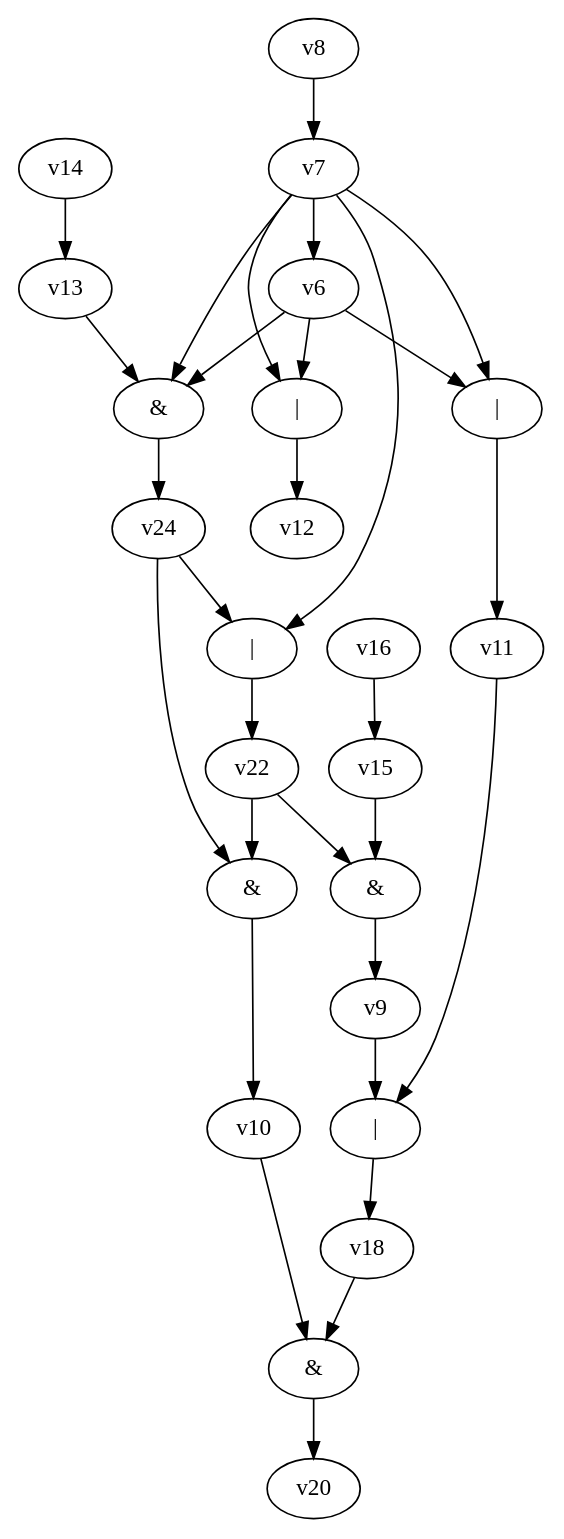
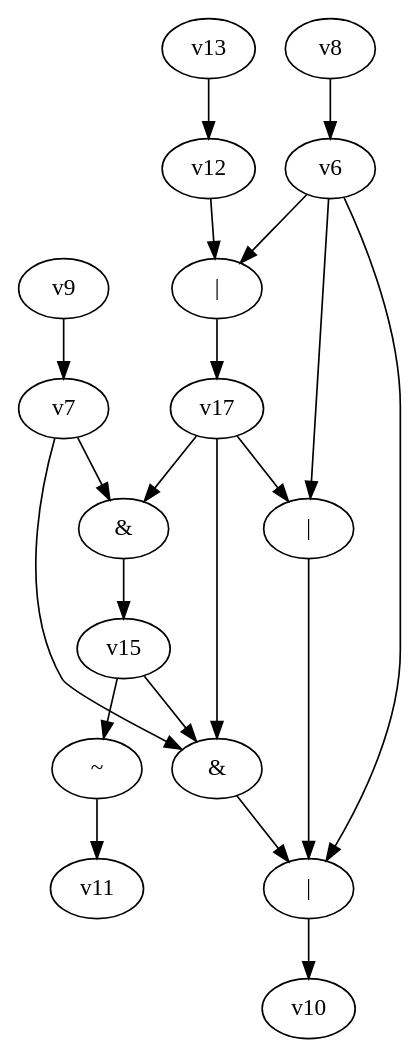
One commit to yadej/graph_project changed the diagram in dot_files/random_bool_circ.dot. Above: the diagram before and after it, drawn with Graphviz. The commit also changed 2 other files, not shown here.

```diff
--- a/dot_files/random_bool_circ.dot
+++ b/dot_files/random_bool_circ.dot
@@ -1,31 +1,26 @@
 digraph G { 
-v0 [label="&"]; 
+v0 [label="|"]; 
 v1 [label="&"]; 
-v2 [label="|"]; 
-v3 [label="|"]; 
-v17 [label="|"]; 
-v19 [label="&"]; 
-v21 [label="|"]; 
-v23 [label="&"]; 
-v0 -> v9 -> v17 -> v18 -> v19 -> v20;
-v1 -> v10 -> v19;
-v2 -> v11 -> v17;
-v3 -> v12;
-v6 -> v2;
-v6 -> v3;
-v6 -> v23 -> v24;
-v7 -> v2;
-v7 -> v3;
-v7 -> v6;
-v7 -> v21 -> v22;
-v7 -> v23;
-v8 -> v7;
-v13 -> v23;
-v14 -> v13;
-v15 -> v0;
-v16 -> v15;
-v22 -> v0;
-v22 -> v1;
-v24 -> v1;
-v24 -> v21;
+v2 [label="~"]; 
+v4 [label="|"]; 
+v14 [label="&"]; 
+v16 [label="|"]; 
+v0 -> v10;
+v1 -> v0;
+v2 -> v11;
+v4 -> v0;
+v6 -> v0;
+v6 -> v4;
+v6 -> v16 -> v17;
+v7 -> v1;
+v7 -> v14 -> v15;
+v8 -> v6;
+v9 -> v7;
+v12 -> v16;
+v13 -> v12;
+v15 -> v1;
+v15 -> v2;
+v17 -> v1;
+v17 -> v4;
+v17 -> v14;
 }
```
